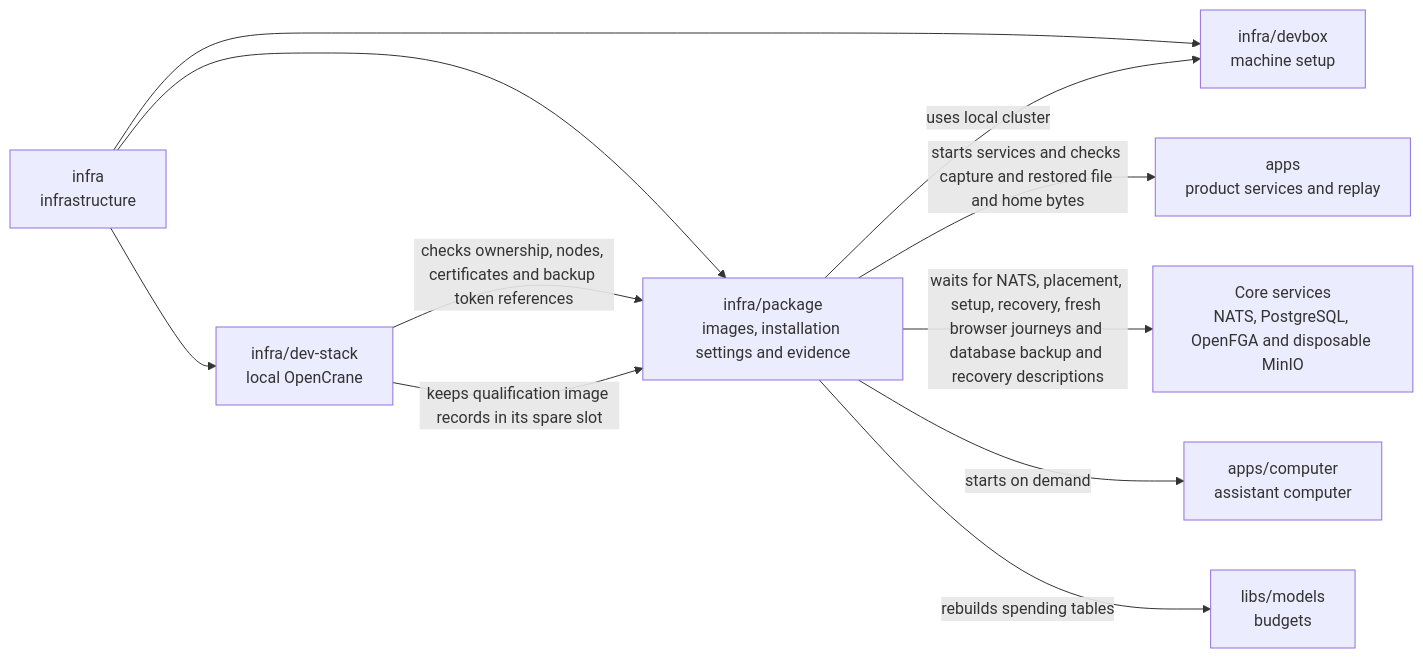
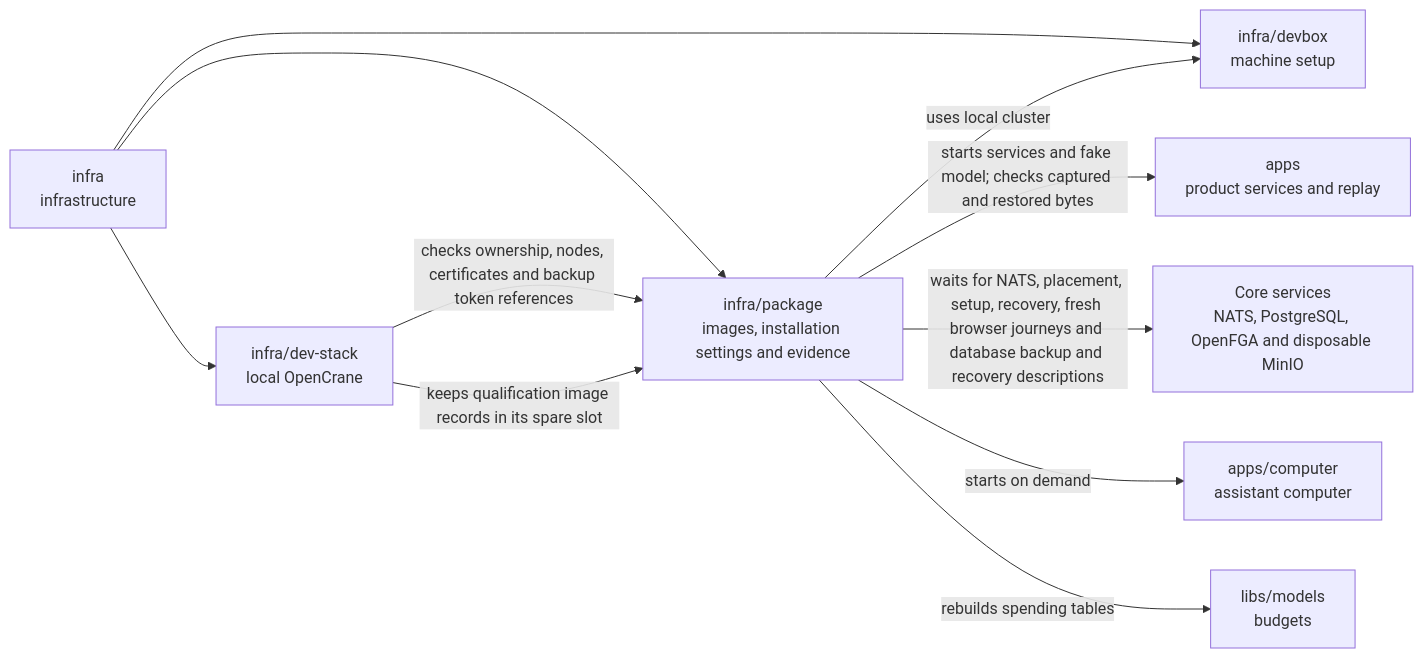
One commit to elewa-git/opencrane-new changed the diagram in infra/package/README.md. Above: the diagram before and after it, drawn with Mermaid. The commit also changed other lines of this file and 6 other files, not shown here.

````diff
--- a/infra/package/README.md
+++ b/infra/package/README.md
@@ -19,13 +19,13 @@
 ```mermaid
 flowchart LR
   infra["infra<br/>infrastructure"] --> package["infra/package<br/>images, installation settings and evidence"]
   infra --> stack["infra/dev-stack<br/>local OpenCrane"]
   infra --> devbox["infra/devbox<br/>machine setup"]
   stack -->|checks ownership, nodes, certificates and backup token references| package
   package -->|uses local cluster| devbox
-  package -->|starts services and checks capture and restored file and home bytes| apps["apps<br/>product services and replay"]
+  package -->|starts services and fake model; checks captured and restored bytes| apps["apps<br/>product services and replay"]
   package -->|waits for NATS, placement, setup, recovery, fresh browser journeys and database backup and recovery descriptions| services["Core services<br/>NATS, PostgreSQL, OpenFGA and disposable MinIO"]
   package -->|starts on demand| computer["apps/computer<br/>assistant computer"]
   package -->|rebuilds spending tables| models["libs/models<br/>budgets"]
   stack -->|keeps qualification image records in its spare slot| package
 ```
````
